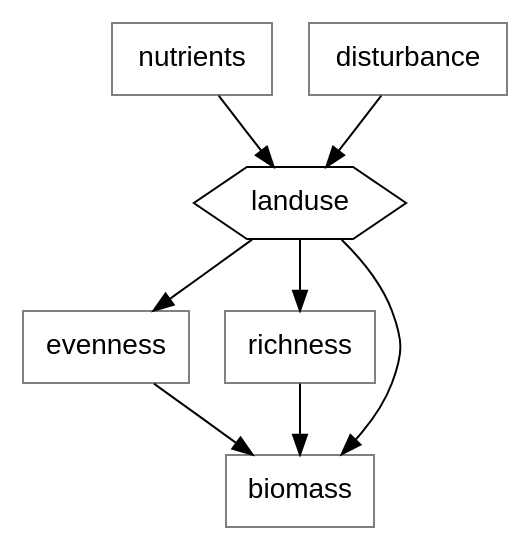
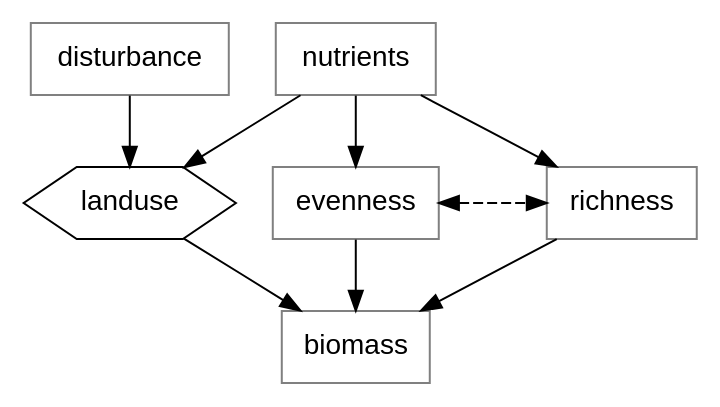
One commit to pennekampster/Swiss_SEM changed diagram 15 of 18 in 5_Slides/Intro_to_SEM_part2.qmd. Above: the diagram before and after it, drawn with Graphviz. The commit also changed other lines of this file and 1 other file, not shown here.

````diff
--- a/5_Slides/Intro_to_SEM_part2.qmd
+++ b/5_Slides/Intro_to_SEM_part2.qmd
@@ -798,31 +798,35 @@
 ```{dot}
 //| fig-width: 5
 digraph  {
 
    # a 'graph' statement
   graph [overlap = false, fontsize = 10, rankdir = TB, ranksep=.5]
 
     node [shape=hexagon, fontname = Helvetica]
     landuse
 
   # several 'node' statements
   node [shape = box,
         fontname = Helvetica, color="gray"]
   
         evenness, richness;
         nutrients;
         disturbance;
 
-    landuse->richness;
-    landuse -> evenness;
-    landuse -> biomass;
+    nutrients->richness;
+    nutrients -> evenness;
+
+  landuse -> biomass;
 
     evenness-> biomass;
     richness->biomass;
 
     nutrients -> landuse;
     disturbance -> landuse;
+
+     evenness-> richness [dir=both; minlen=3, style="dashed"] ;
+
   
- #{ rank="same"; precipitation, nutrients, disturbance}
+ { rank="same"; evenness, richness}
 }
 ```
````
